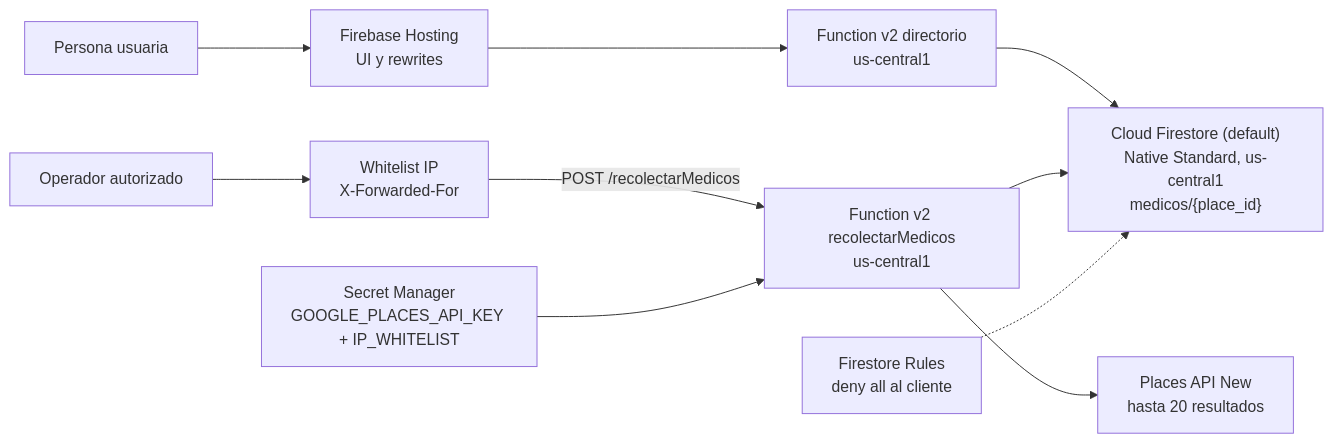
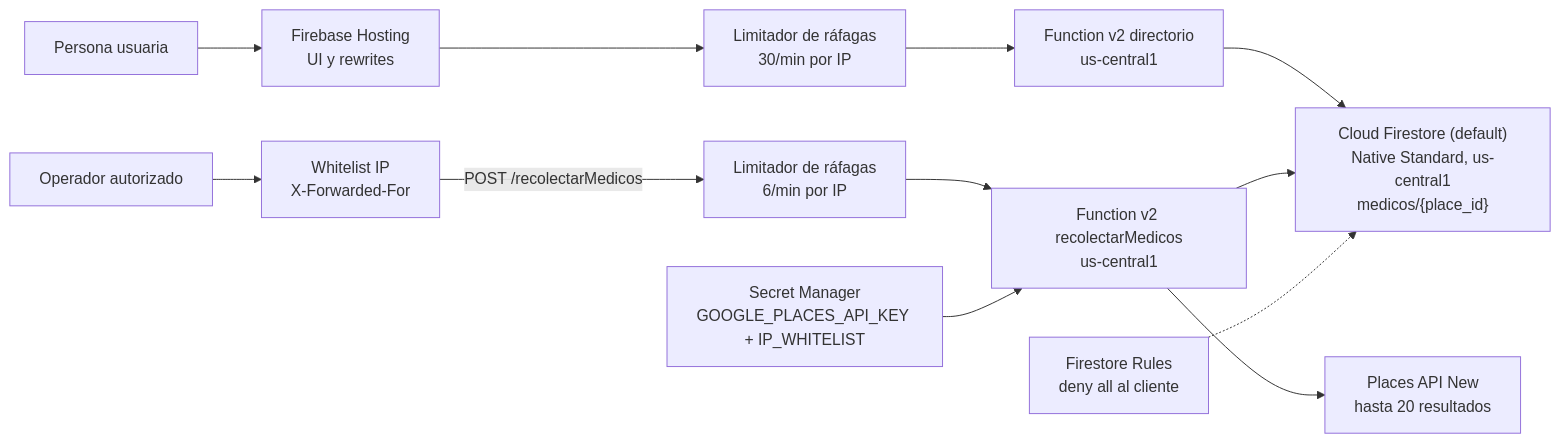
One commit to Hayser8/proyecto1responsibleAI changed the diagram in docs/arquitectura.md. Above: the diagram before and after it, drawn with Mermaid. The commit also changed other lines of this file and 1 other file, not shown here.

Commit message:
agregar diagrama de arquitectura Archivos:

````diff
--- a/docs/arquitectura.md
+++ b/docs/arquitectura.md
@@ -8,12 +12,14 @@
 ```mermaid
 flowchart LR
     USER["Persona usuaria"] --> HOST["Firebase Hosting\nUI y rewrites"]
-    HOST --> DIR["Function v2 directorio\nus-central1"]
+    HOST --> RLD["Limitador de ráfagas\n30/min por IP"]
+    RLD --> DIR["Function v2 directorio\nus-central1"]
     OP["Operador autorizado"] --> WL["Whitelist IP\nX-Forwarded-For"]
-    WL -->|POST /recolectarMedicos| COL["Function v2 recolectarMedicos\nus-central1"]
+    WL -->|POST /recolectarMedicos| RLC["Limitador de ráfagas\n6/min por IP"]
+    RLC --> COL["Function v2 recolectarMedicos\nus-central1"]
     DIR --> DB["Cloud Firestore (default)\nNative Standard, us-central1\nmedicos/{place_id}"]
     COL --> DB
     COL --> PLACES["Places API New\nhasta 20 resultados"]
     SECRET["Secret Manager\nGOOGLE_PLACES_API_KEY + IP_WHITELIST"] --> COL
     RULES["Firestore Rules\ndeny all al cliente"] -.-> DB
 ```
````
